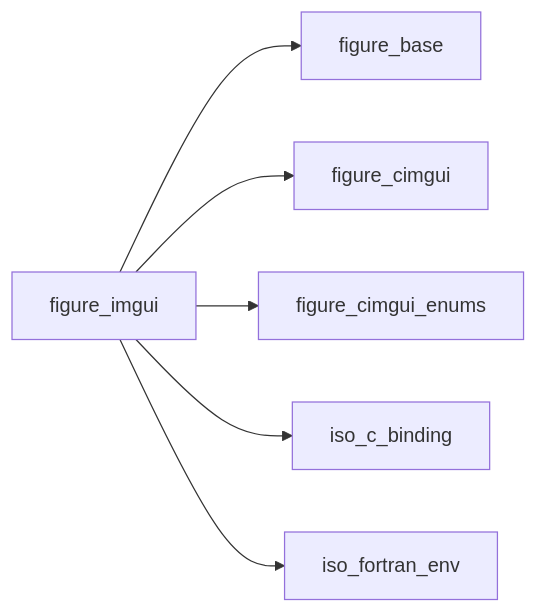
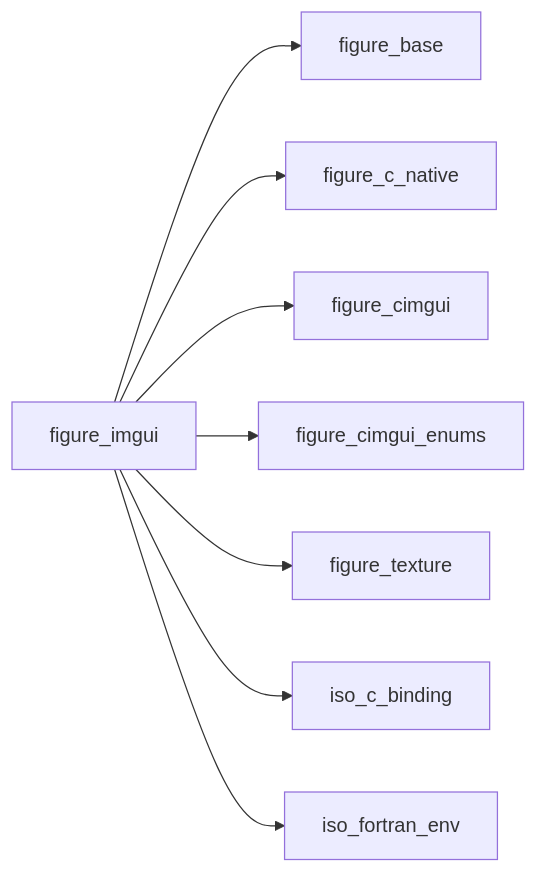
One commit to szaghi/figure changed the first of 16 diagrams in docs/api/src/lib/figure_imgui.md. Above: the diagram before and after it, drawn with Mermaid. The commit also changed other lines of this file and 30 other files, not shown here.

````diff
--- a/docs/api/src/lib/figure_imgui.md
+++ b/docs/api/src/lib/figure_imgui.md
@@ -18,8 +18,10 @@
 ```mermaid
 graph LR
   figure_imgui["figure_imgui"] --> figure_base["figure_base"]
+  figure_imgui["figure_imgui"] --> figure_c_native["figure_c_native"]
   figure_imgui["figure_imgui"] --> figure_cimgui["figure_cimgui"]
   figure_imgui["figure_imgui"] --> figure_cimgui_enums["figure_cimgui_enums"]
+  figure_imgui["figure_imgui"] --> figure_texture["figure_texture"]
   figure_imgui["figure_imgui"] --> iso_c_binding["iso_c_binding"]
   figure_imgui["figure_imgui"] --> iso_fortran_env["iso_fortran_env"]
 ```
````
